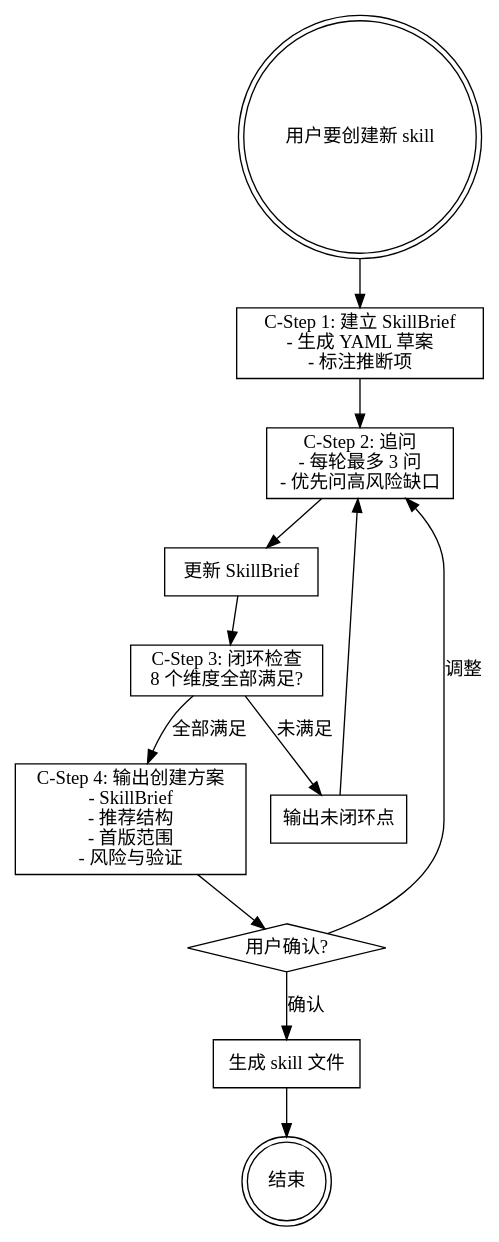
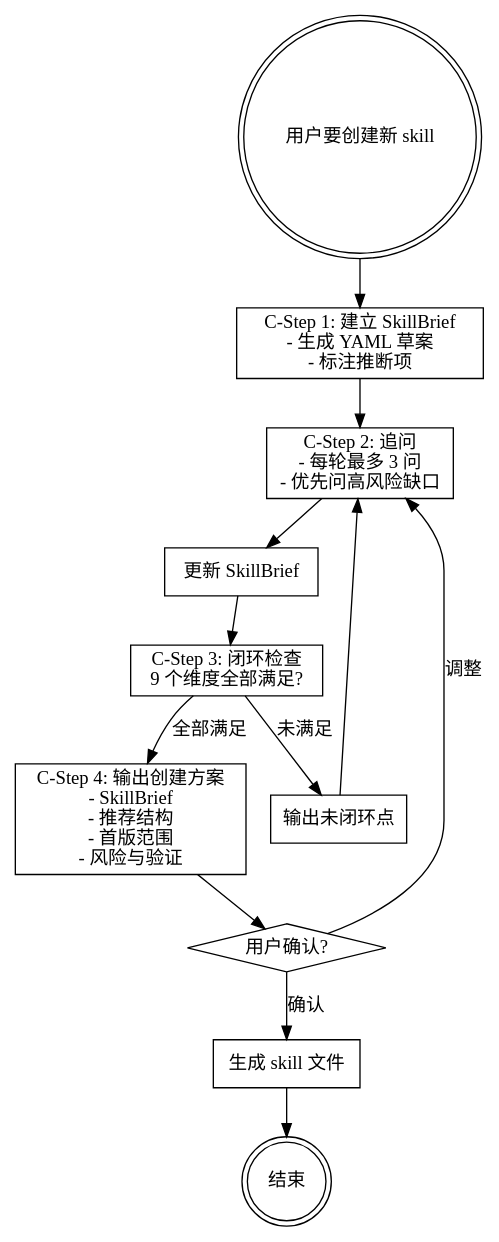
The diagram in references/mode-c.md (lbyxunxunnini/agent-pm), drawn with Graphviz before and after one commit. The commit also changed other lines of this file and 10 other files, not shown here.

````diff
--- a/references/mode-c.md
+++ b/references/mode-c.md
@@ -15,29 +15,29 @@
 ```dot
 digraph mode_c {
     rankdir=TB;
     node [shape=box];
 
     start [label="用户要创建新 skill" shape=doublecircle];
     brief [label="C-Step 1: 建立 SkillBrief\n- 生成 YAML 草案\n- 标注推断项"];
     ask [label="C-Step 2: 追问\n- 每轮最多 3 问\n- 优先问高风险缺口"];
     update [label="更新 SkillBrief"];
-    closure [label="C-Step 3: 闭环检查\n8 个维度全部满足?"];
+    closure [label="C-Step 3: 闭环检查\n9 个维度全部满足?"];
     gaps [label="输出未闭环点"];
     proposal [label="C-Step 4: 输出创建方案\n- SkillBrief\n- 推荐结构\n- 首版范围\n- 风险与验证"];
     user_confirm [shape=diamond label="用户确认?"];
     create [label="生成 skill 文件"];
     end [shape=doublecircle label="结束"];
 
     start -> brief;
     brief -> ask;
     ask -> update;
     update -> closure;
     closure -> gaps [label="未满足"];
     gaps -> ask;
     closure -> proposal [label="全部满足"];
     proposal -> user_confirm;
     user_confirm -> create [label="确认"];
     user_confirm -> ask [label="调整"];
     create -> end;
 }
 ```
````
